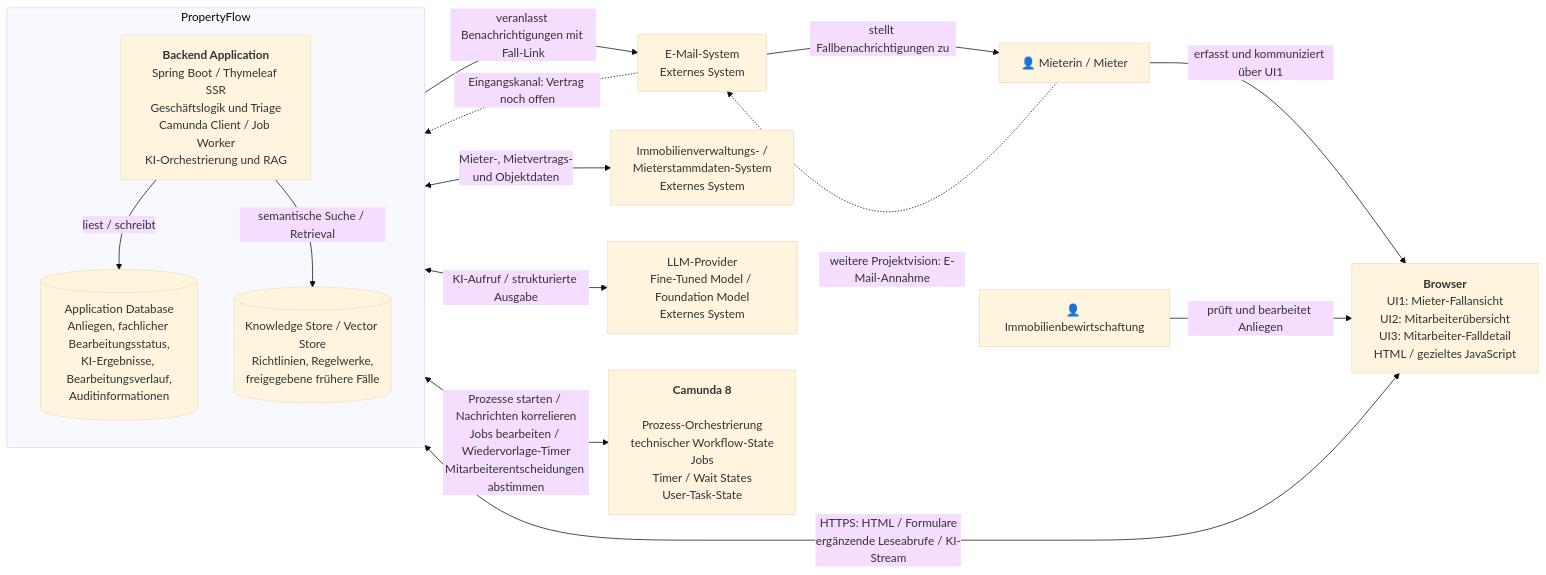
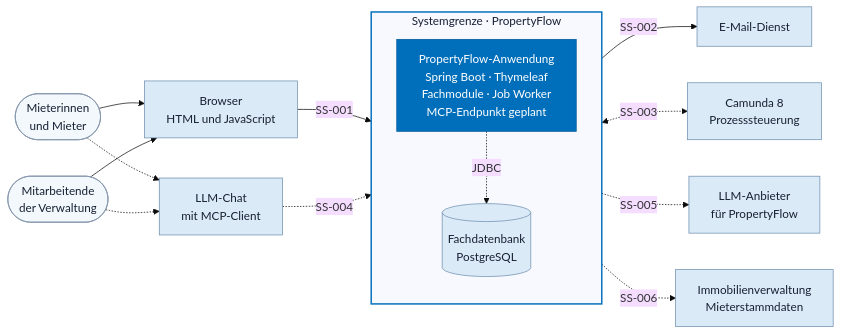
Before and after one commit to permarco/propertyflow: the diagram in docs/architecture/c4-container.md, drawn with Mermaid (base theme). The commit also changed other lines of this file and 43 other files, not shown here.

````diff
--- a/docs/architecture/c4-container.md
+++ b/docs/architecture/c4-container.md
@@ -8,39 +13,41 @@
 ```mermaid
 flowchart LR
-    MIETER["👤 Mieterin / Mieter"]
-    BEWIRTSCHAFTER["👤 Immobilienbewirtschaftung"]
+    MIETER(["Mieterinnen<br/>und Mieter"])
+    VERWALTUNG(["Mitarbeitende<br/>der Verwaltung"])
+    WEB["Browser<br/>HTML und JavaScript"]
+    CHAT["LLM-Chat<br/>mit MCP-Client"]
 
-    WEB["<b>Browser</b><br/>UI1: Mieter-Fallansicht<br/>UI2: Mitarbeiterübersicht<br/>UI3: Mitarbeiter-Falldetail<br/>HTML / gezieltes JavaScript"]
+    subgraph PF["Systemgrenze · PropertyFlow"]
+        direction TB
+        APP["PropertyFlow-Anwendung<br/>Spring Boot · Thymeleaf<br/>Fachmodule · Job Worker<br/>MCP-Endpunkt geplant"]
+        DB[("Fachdatenbank<br/>PostgreSQL")]
 
-    MAIL["E-Mail-System<br/>Externes System"]
+        APP -.->|"JDBC"| DB
+    end
 
-    ERP["Immobilienverwaltungs- /<br/>Mieterstammdaten-System<br/>Externes System"]
+    MAIL["E-Mail-Dienst"]
+    CAMUNDA["Camunda 8<br/>Prozesssteuerung"]
+    MODELL["LLM-Anbieter<br/>für PropertyFlow"]
+    STAMMDATEN["Immobilienverwaltung<br/>Mieterstammdaten"]
 
-    LLM["LLM-Provider<br/>Fine-Tuned Model / Foundation Model<br/>Externes System"]
-    
-    CAMUNDA["<b>Camunda 8</b><br/><br/>Prozess-Orchestrierung<br/>technischer Workflow-State<br/>Jobs<br/>Timer / Wait States<br/>User-Task-State"]
-    
-    subgraph PF["PropertyFlow"]
-        direction TB
+    MIETER --> WEB
+    VERWALTUNG --> WEB
+    MIETER -.-> CHAT
+    VERWALTUNG -.-> CHAT
 
-        BACKEND["<b>Backend Application</b><br/>Spring Boot / Thymeleaf SSR<br/>Geschäftslogik und Triage<br/>Camunda Client / Job Worker<br/>KI-Orchestrierung und RAG"]
+    WEB -->|"SS-001"| APP
+    APP -->|"SS-002"| MAIL
+    APP <-.->|"SS-003"| CAMUNDA
+    CHAT -.->|"SS-004"| APP
+    APP -.->|"SS-005"| MODELL
+    APP -.->|"SS-006"| STAMMDATEN
 
-        DB[("Application Database<br/>Anliegen, fachlicher Bearbeitungsstatus,<br/>KI-Ergebnisse, Bearbeitungsverlauf,<br/>Auditinformationen")]
-
-        VS[("Knowledge Store / Vector Store<br/>Richtlinien, Regelwerke,<br/>freigegebene frühere Fälle")]
-
-        BACKEND -->|"liest / schreibt"| DB
-        BACKEND -->|"semantische Suche / Retrieval"| VS
-    end  
-    
-    WEB <-->|"HTTPS: HTML / Formulare<br/>ergänzende Leseabrufe / KI-Stream"| BACKEND
-    MIETER -->|"erfasst und kommuniziert über UI1"| WEB
-    MIETER -.->|"weitere Projektvision: E-Mail-Annahme"| MAIL
-    BEWIRTSCHAFTER -->|"prüft und bearbeitet Anliegen"| WEB
-    MAIL -.->|"Eingangskanal: Vertrag noch offen"| BACKEND
-    BACKEND -->|"veranlasst Benachrichtigungen mit Fall-Link"| MAIL
-    MAIL -->|"stellt Fallbenachrichtigungen zu"| MIETER
-    BACKEND <-->|"Mieter-, Mietvertrags-<br/>und Objektdaten"| ERP
-    BACKEND <-->|"KI-Aufruf / strukturierte Ausgabe"| LLM
-    BACKEND <-->|"Prozesse starten / Nachrichten korrelieren<br/>Jobs bearbeiten / Wiedervorlage-Timer<br/>Mitarbeiterentscheidungen abstimmen"| CAMUNDA
+    classDef person fill:#f2f8fc,stroke:#8292a8,color:#172033
+    classDef system fill:#dbeaf7,stroke:#6d8eae,color:#172033
+    classDef propertyflow fill:#006fbb,stroke:#005a99,color:#fff
+    class MIETER,VERWALTUNG person
+    class WEB,CHAT,MAIL,CAMUNDA,MODELL,STAMMDATEN system
+    class APP propertyflow
+    class DB system
+    style PF stroke:#006fbb,stroke-width:2px,color:#172033
 ```
````
